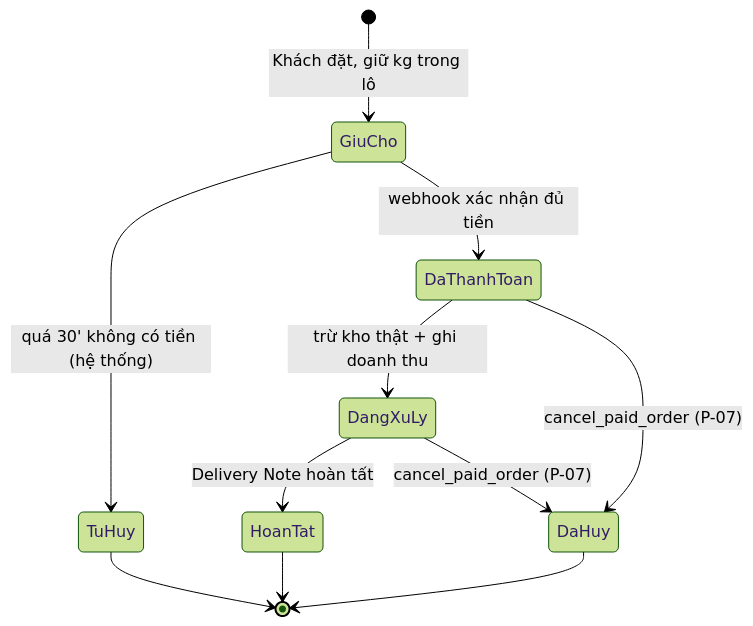
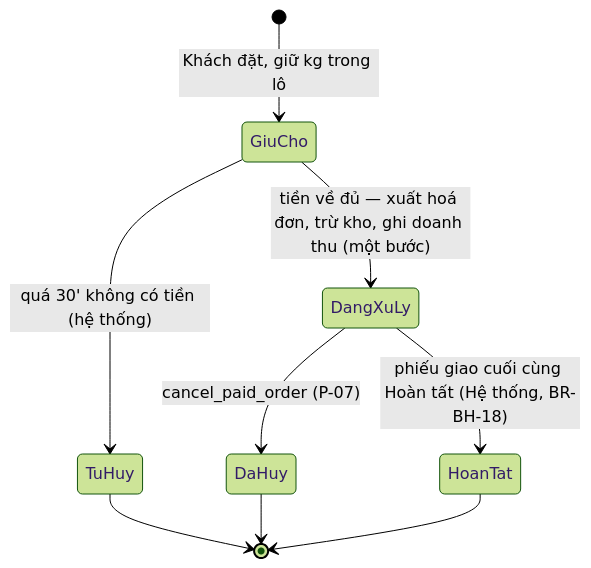
One commit to DuyduyFedev46/fish changed the second of 4 diagrams in doc/business-process-spec.md. Above: the diagram before and after it, drawn with Mermaid (forest theme). The commit also changed other lines of this file, not shown here.

````diff
--- a/doc/business-process-spec.md
+++ b/doc/business-process-spec.md
@@ -315,13 +315,11 @@
 ```mermaid
 stateDiagram-v2
     [*] --> GiuCho: Khách đặt, giữ kg trong lô
     GiuCho --> TuHuy: quá 30' không có tiền (hệ thống)
-    GiuCho --> DaThanhToan: webhook xác nhận đủ tiền
-    DaThanhToan --> DangXuLy: trừ kho thật + ghi doanh thu
-    DangXuLy --> HoanTat: Delivery Note hoàn tất
+    GiuCho --> DangXuLy: tiền về đủ — xuất hoá đơn, trừ kho, ghi doanh thu (một bước)
+    DangXuLy --> HoanTat: phiếu giao cuối cùng Hoàn tất (Hệ thống, BR-BH-18)
     DangXuLy --> DaHuy: cancel_paid_order (P-07)
-    DaThanhToan --> DaHuy: cancel_paid_order (P-07)
     TuHuy --> [*]
     DaHuy --> [*]
     HoanTat --> [*]
 ```
````
